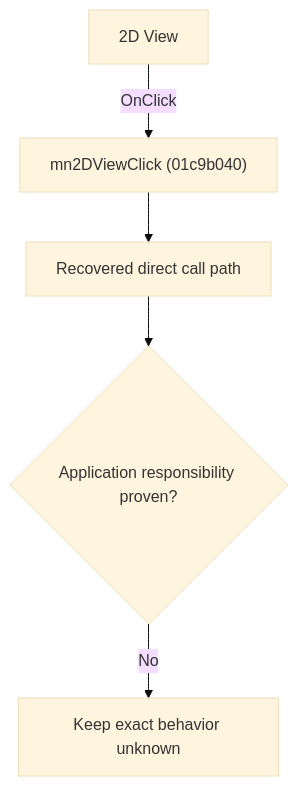
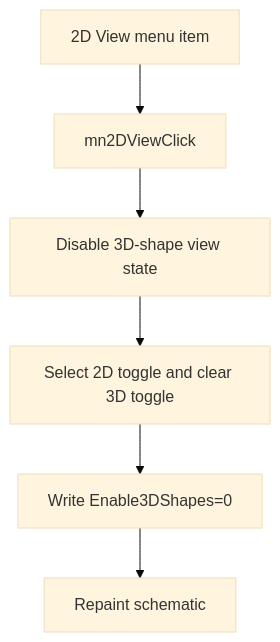
The diagram in docs/ui-controls/schematiceditor/mn2dview-c42723bc4f.md (MovGP0/TIARA), drawn with Mermaid (base theme) before and after one commit. The commit also changed other lines of this file and 241 other files, not shown here.

````diff
--- a/docs/ui-controls/schematiceditor/mn2dview-c42723bc4f.md
+++ b/docs/ui-controls/schematiceditor/mn2dview-c42723bc4f.md
@@ -27,7 +19,8 @@
 ```mermaid
 flowchart TD
-    control["2D View"] -->|"OnClick"| handler["mn2DViewClick (01c9b040)"]
-    handler --> recovered["Recovered direct call path"]
-    recovered --> gap{"Application responsibility proven?"}
-    gap -->|"No"| blocked["Keep exact behavior unknown"]
+    control["2D View menu item"] --> handler["mn2DViewClick"]
+    handler --> state["Disable 3D-shape view state"]
+    state --> sync["Select 2D toggle and clear 3D toggle"]
+    sync --> persist["Write Enable3DShapes=0"]
+    persist --> repaint["Repaint schematic"]
 ```
````
